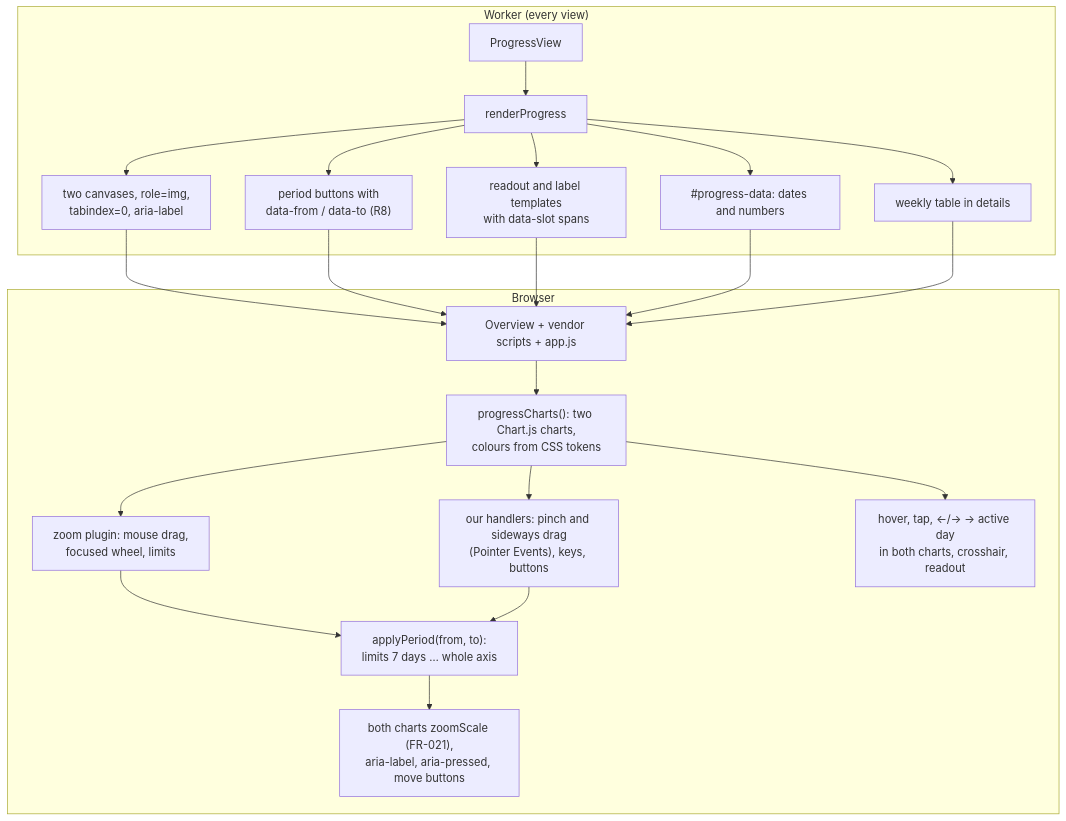
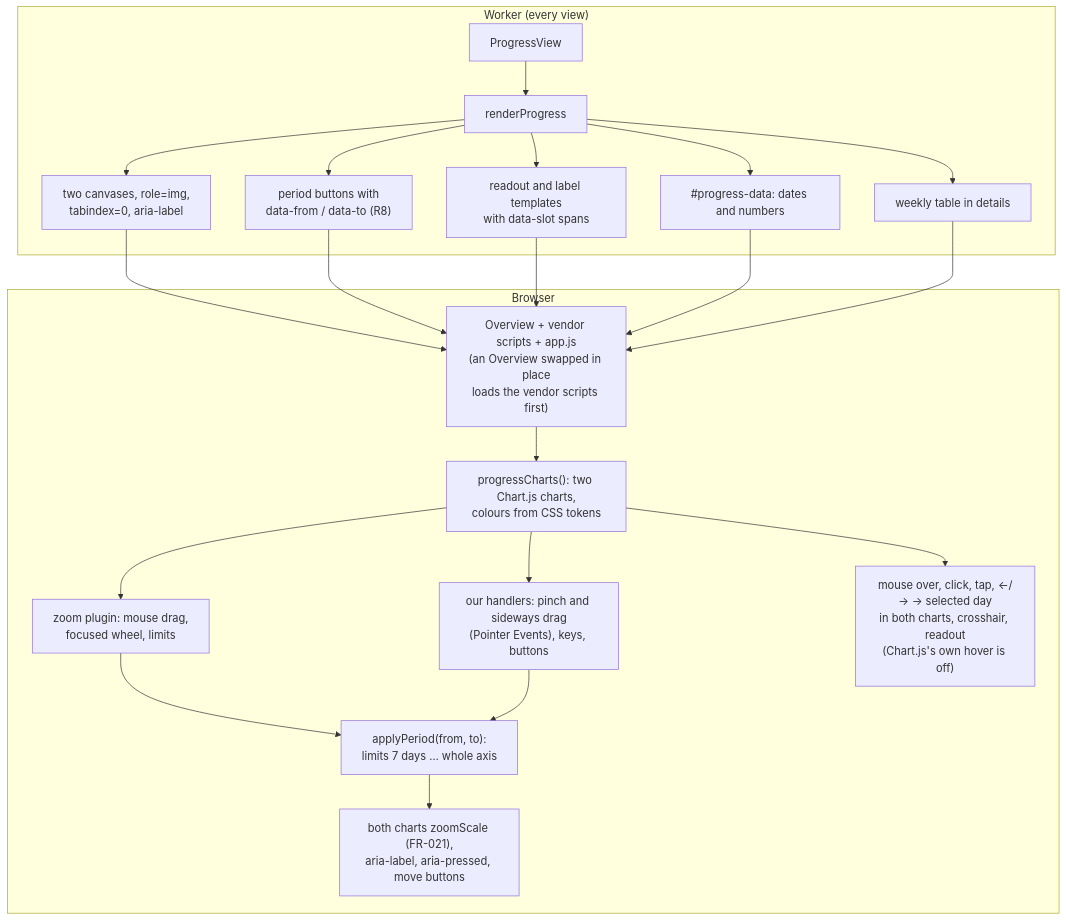
One commit to SaSteffen/RynkePoints changed the fourth of 6 diagrams in specs/009-rider-progress-charts/plan.md. Above: the diagram before and after it, drawn with Mermaid. The commit also changed other lines of this file and 6 other files, not shown here.

````diff
--- a/specs/009-rider-progress-charts/plan.md
+++ b/specs/009-rider-progress-charts/plan.md
@@ -271,20 +276,20 @@
 ```mermaid
 flowchart TB
     subgraph server["Worker (every view)"]
         pv["ProgressView"] --> sec["renderProgress"]
         sec --> cv["two canvases, role=img,<br/>tabindex=0, aria-label"]
         sec --> btn["period buttons with<br/>data-from / data-to (R8)"]
         sec --> tpl["readout and label templates<br/>with data-slot spans"]
         sec --> json["#progress-data: dates and numbers"]
         sec --> table["weekly table in details"]
     end
     subgraph browser["Browser"]
-        page["Overview + vendor scripts + app.js"] --> init["progressCharts(): two Chart.js charts,<br/>colours from CSS tokens"]
+        page["Overview + vendor scripts + app.js<br/>(an Overview swapped in place<br/>loads the vendor scripts first)"] --> init["progressCharts(): two Chart.js charts,<br/>colours from CSS tokens"]
         init --> plugin["zoom plugin: mouse drag,<br/>focused wheel, limits"]
         init --> own["our handlers: pinch and sideways drag<br/>(Pointer Events), keys, buttons"]
         plugin & own --> apply["applyPeriod(from, to):<br/>limits 7 days … whole axis"]
         apply --> both["both charts zoomScale (FR-021),<br/>aria-label, aria-pressed, move buttons"]
-        init --> sel["hover, tap, ←/→ → active day<br/>in both charts, crosshair, readout"]
+        init --> sel["mouse over, click, tap, ←/→ → selected day<br/>in both charts, crosshair, readout<br/>(Chart.js's own hover is off)"]
     end
     cv & btn & tpl & json & table --> page
 ```
````
